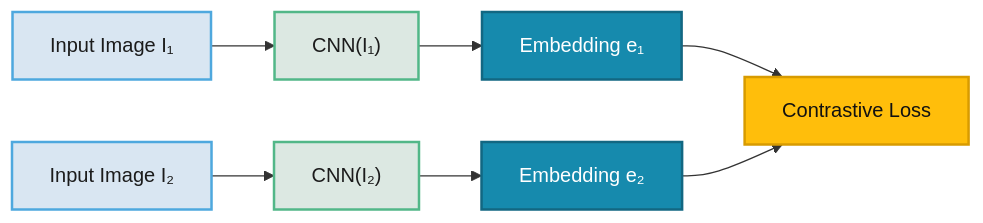
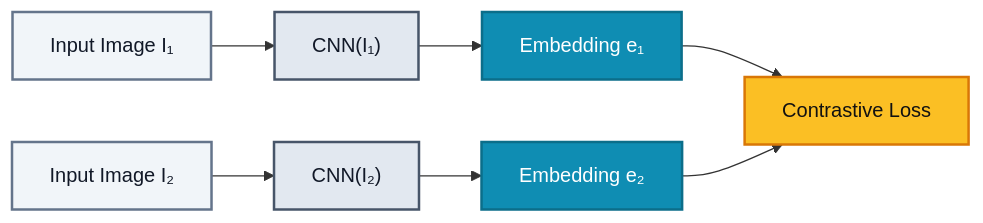
One commit to danielecocuzza/BLIND changed the diagram in README.md. Above: the diagram before and after it, drawn with Mermaid.

````diff
--- a/README.md
+++ b/README.md
@@ -34,21 +34,21 @@
 ```mermaid
 flowchart LR
     I1["Input Image I₁"] --> CNN1["CNN(I₁)"]
     I2["Input Image I₂"] --> CNN2["CNN(I₂)"]
 
     CNN1 --> E1["Embedding e₁"]
     CNN2 --> E2["Embedding e₂"]
 
     E1 --> CL["Contrastive Loss"]
     E2 --> CL
 
-    classDef input fill:#d9e6f2,stroke:#4ea8de,stroke-width:2px,color:#1b1b1b;
-    classDef cnn fill:#dce8e2,stroke:#52b788,stroke-width:2px,color:#1b1b1b;
-    classDef embedding fill:#168aad,stroke:#126782,stroke-width:2px,color:#ffffff;
-    classDef loss fill:#ffbe0b,stroke:#d89b00,stroke-width:2px,color:#111111;
+    classDef input fill:#f1f5f9,stroke:#64748b,stroke-width:2px,color:#111827;
+    classDef cnn fill:#e2e8f0,stroke:#475569,stroke-width:2px,color:#111827;
+    classDef embedding fill:#0f8db3,stroke:#0b6e8a,stroke-width:2px,color:#ffffff;
+    classDef loss fill:#fbbf24,stroke:#d97706,stroke-width:2px,color:#111111;
 
     class I1,I2 input;
     class CNN1,CNN2 cnn;
     class E1,E2 embedding;
     class CL loss;
 ```
````
